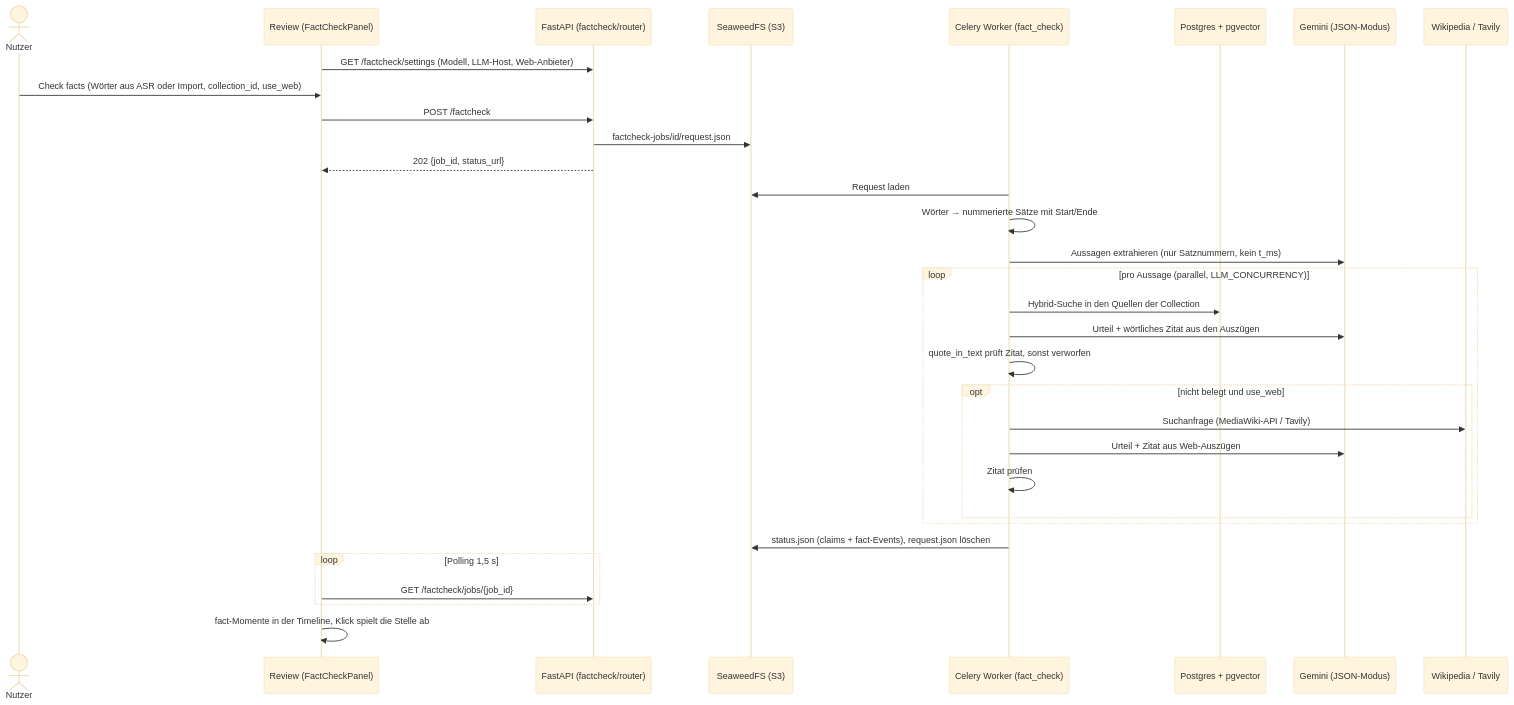
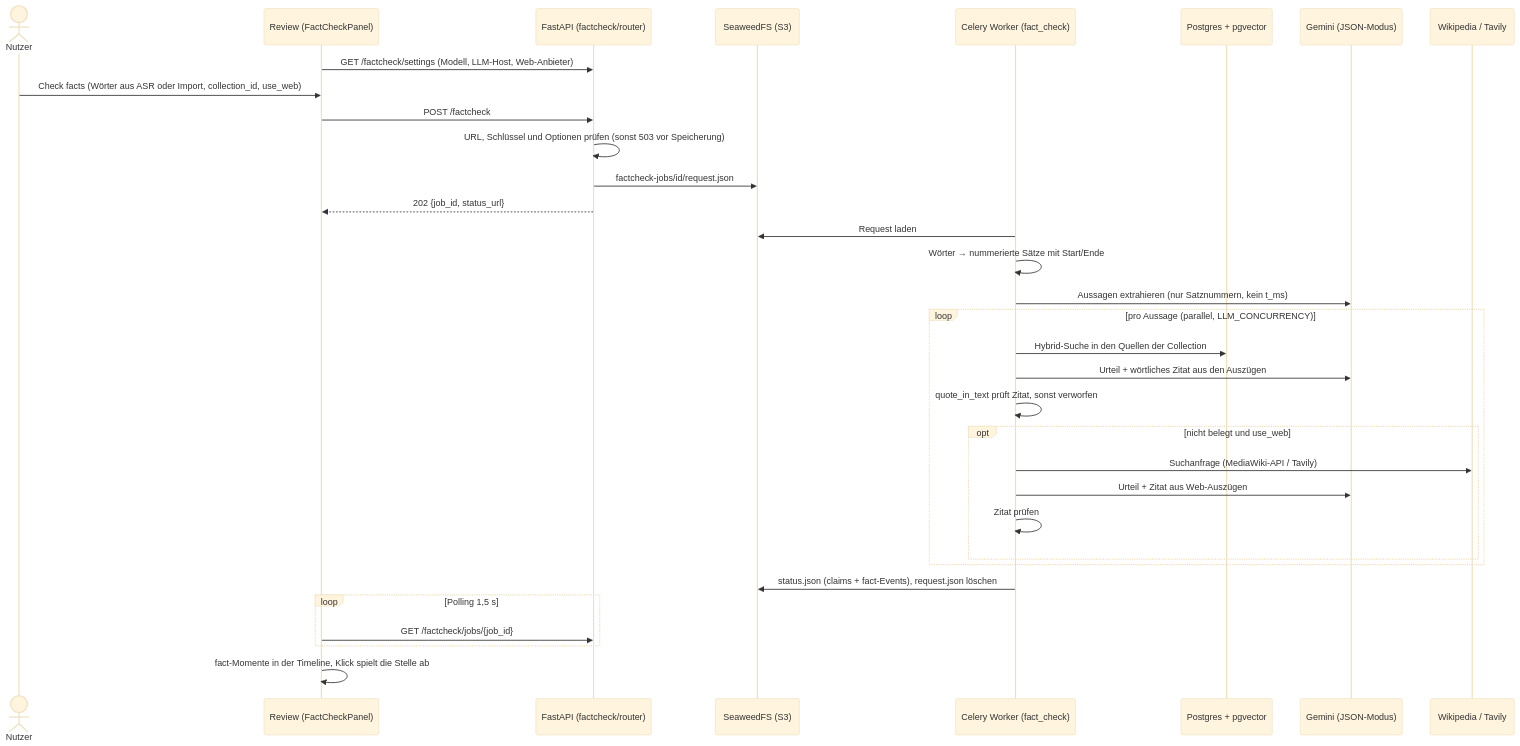
One commit to johannes3502/hackathon-fulda changed the sixth of 12 diagrams in docs/03-architecture.md. Above: the diagram before and after it, drawn with Mermaid (base theme). The commit also changed other lines of this file and 21 other files, not shown here.

````diff
--- a/docs/03-architecture.md
+++ b/docs/03-architecture.md
@@ -315,35 +315,36 @@
 ```mermaid
 sequenceDiagram
     actor U as Nutzer
     participant FE as Review (FactCheckPanel)
     participant BE as FastAPI (factcheck/router)
     participant S3 as SeaweedFS (S3)
     participant W as Celery Worker (fact_check)
     participant PG as Postgres + pgvector
     participant L as Gemini (JSON-Modus)
     participant WS as Wikipedia / Tavily
 
     FE->>BE: GET /factcheck/settings (Modell, LLM-Host, Web-Anbieter)
     U->>FE: Check facts (Wörter aus ASR oder Import, collection_id, use_web)
     FE->>BE: POST /factcheck
+    BE->>BE: URL, Schlüssel und Optionen prüfen (sonst 503 vor Speicherung)
     BE->>S3: factcheck-jobs/id/request.json
     BE-->>FE: 202 {job_id, status_url}
     W->>S3: Request laden
     W->>W: Wörter → nummerierte Sätze mit Start/Ende
     W->>L: Aussagen extrahieren (nur Satznummern, kein t_ms)
     loop pro Aussage (parallel, LLM_CONCURRENCY)
         W->>PG: Hybrid-Suche in den Quellen der Collection
         W->>L: Urteil + wörtliches Zitat aus den Auszügen
         W->>W: quote_in_text prüft Zitat, sonst verworfen
         opt nicht belegt und use_web
             W->>WS: Suchanfrage (MediaWiki-API / Tavily)
             W->>L: Urteil + Zitat aus Web-Auszügen
             W->>W: Zitat prüfen
         end
     end
     W->>S3: status.json (claims + fact-Events), request.json löschen
     loop Polling 1,5 s
         FE->>BE: GET /factcheck/jobs/{job_id}
     end
     FE->>FE: fact-Momente in der Timeline, Klick spielt die Stelle ab
 ```
````
